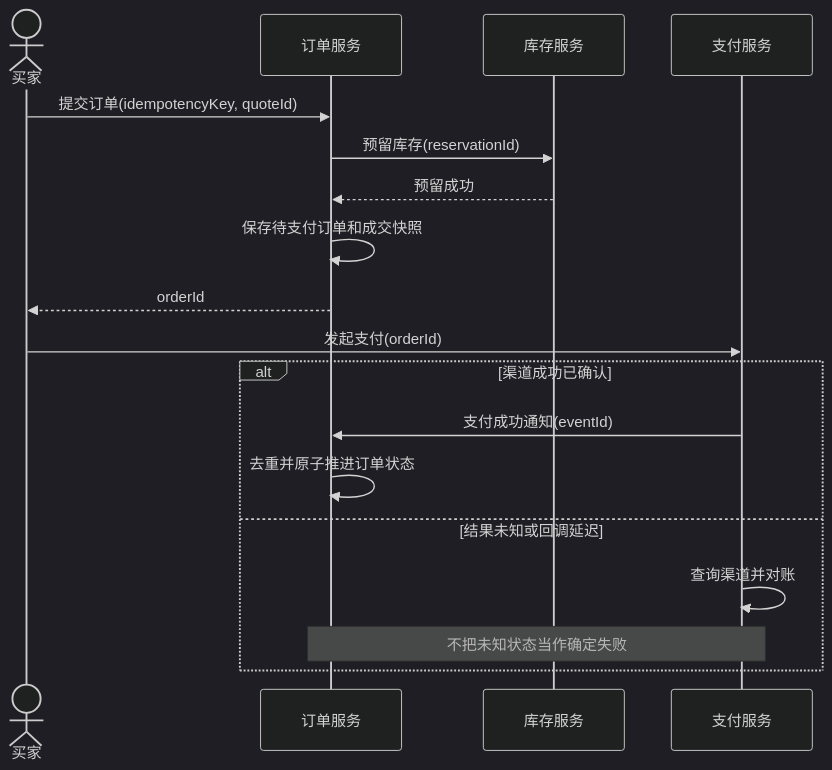
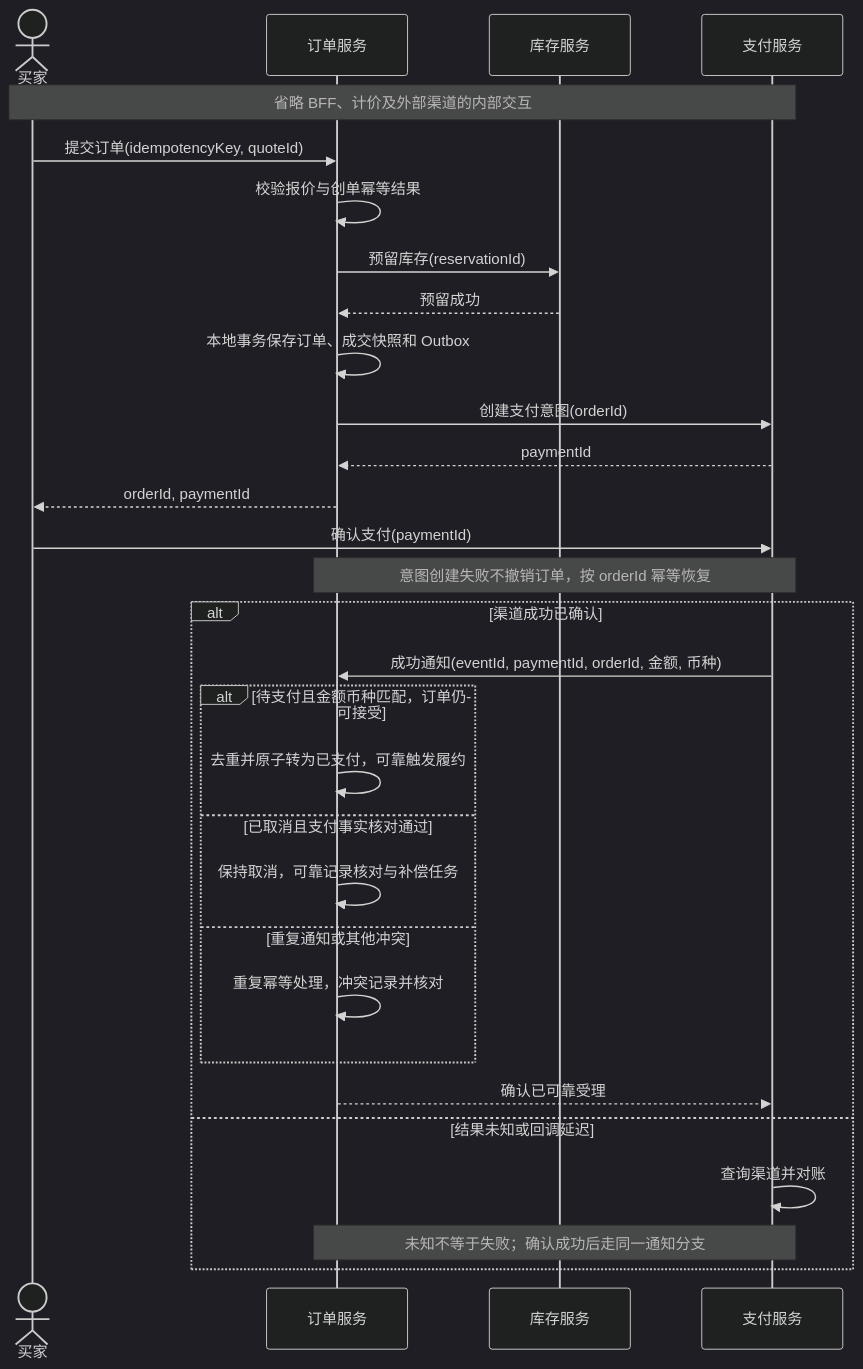
The diagram in source/diagrams/07-engineering-diagrams-ai-workflow/11-sequence.mmd (wxquare/wxquare.github.io), drawn with Mermaid (dark theme) before and after one commit. The commit also changed 12 other files, not shown here.

Commit message:
docs: refine engineering diagrams article

```diff
--- a/source/diagrams/07-engineering-diagrams-ai-workflow/11-sequence.mmd
+++ b/source/diagrams/07-engineering-diagrams-ai-workflow/11-sequence.mmd
@@ -1,18 +1,32 @@
 sequenceDiagram
+  accTitle: 下单与支付确认关键时序
+  accDescr: 无优惠券主路径，省略转发层。支付结果确认后按订单可接受、已取消或重复冲突分支处理。
   actor B as 买家
   participant O as 订单服务
   participant I as 库存服务
   participant P as 支付服务
+  Note over B,P: 省略 BFF、计价及外部渠道的内部交互
   B->>O: 提交订单(idempotencyKey, quoteId)
+  O->>O: 校验报价与创单幂等结果
   O->>I: 预留库存(reservationId)
   I-->>O: 预留成功
-  O->>O: 保存待支付订单和成交快照
-  O-->>B: orderId
-  B->>P: 发起支付(orderId)
+  O->>O: 本地事务保存订单、成交快照和 Outbox
+  O->>P: 创建支付意图(orderId)
+  P-->>O: paymentId
+  O-->>B: orderId, paymentId
+  B->>P: 确认支付(paymentId)
+  Note over O,P: 意图创建失败不撤销订单，按 orderId 幂等恢复
   alt 渠道成功已确认
-    P->>O: 支付成功通知(eventId)
-    O->>O: 去重并原子推进订单状态
+    P->>O: 成功通知(eventId, paymentId, orderId, 金额, 币种)
+    alt 待支付且金额币种匹配，订单仍可接受
+      O->>O: 去重并原子转为已支付，可靠触发履约
+    else 已取消且支付事实核对通过
+      O->>O: 保持取消，可靠记录核对与补偿任务
+    else 重复通知或其他冲突
+      O->>O: 重复幂等处理，冲突记录并核对
+    end
+    O-->>P: 确认已可靠受理
   else 结果未知或回调延迟
     P->>P: 查询渠道并对账
-    Note over O,P: 不把未知状态当作确定失败
+    Note over O,P: 未知不等于失败；确认成功后走同一通知分支
   end
```
